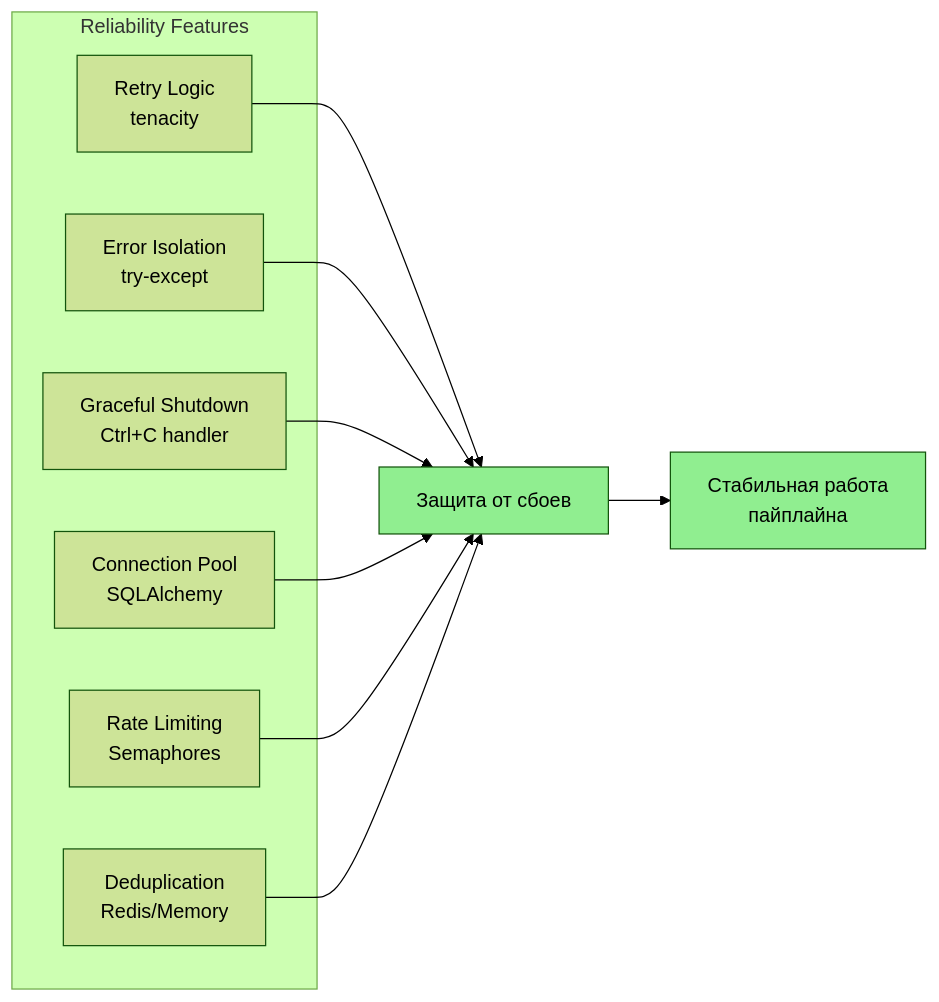
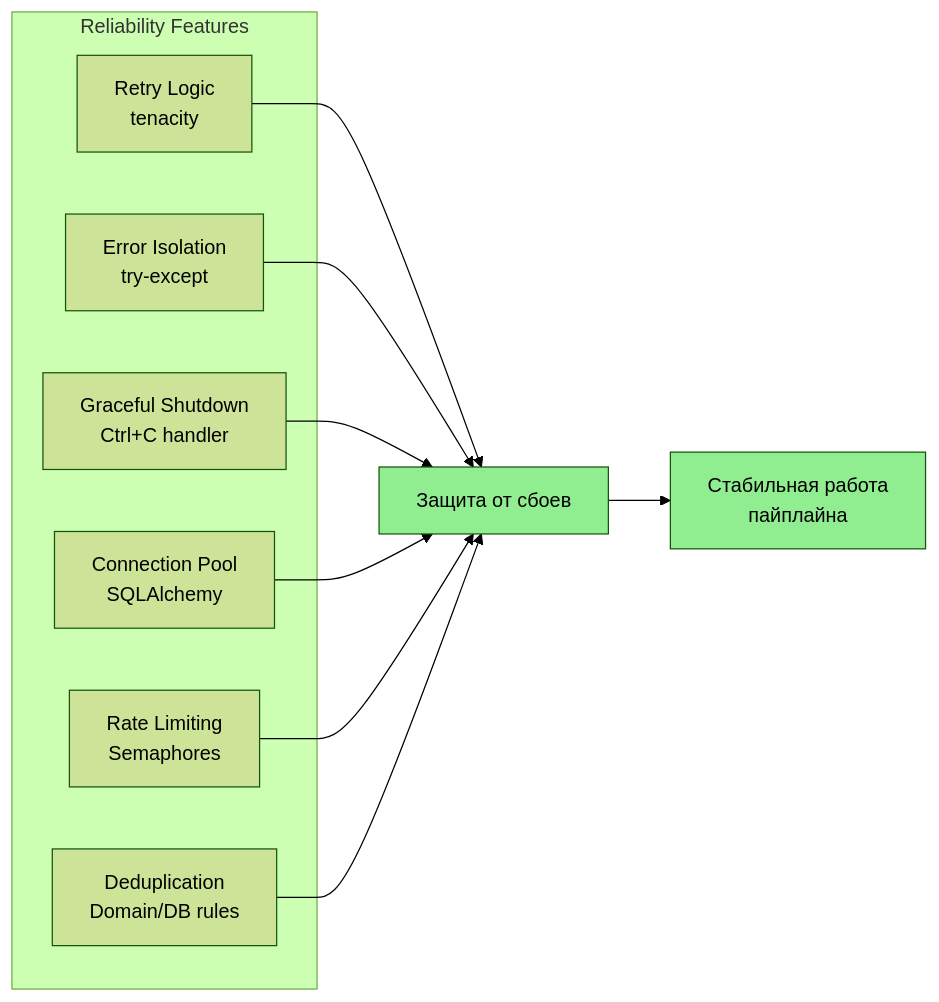
One commit to hauptmann1971/b2b-contact-miner changed the ninth of 10 diagrams in doc/DIAGRAMS.md. Above: the diagram before and after it, drawn with Mermaid (forest theme). The commit also changed other lines of this file and 10 other files, not shown here.

First line of the commit message:
Align architecture docs and diagrams with current DB-backed queue design.

````diff
--- a/doc/DIAGRAMS.md
+++ b/doc/DIAGRAMS.md
@@ -337,23 +335,23 @@
 ```mermaid
 graph LR
     subgraph "Reliability Features"
         R1[Retry Logic<br/>tenacity]
         R2[Error Isolation<br/>try-except]
         R3[Graceful Shutdown<br/>Ctrl+C handler]
         R4[Connection Pool<br/>SQLAlchemy]
         R5[Rate Limiting<br/>Semaphores]
-        R6[Deduplication<br/>Redis/Memory]
+        R6[Deduplication<br/>Domain/DB rules]
     end
     
     R1 --> Protect[Защита от сбоев]
     R2 --> Protect
     R3 --> Protect
     R4 --> Protect
     R5 --> Protect
     R6 --> Protect
     
     Protect --> Stable[Стабильная работа<br/>пайплайна]
     
     style Protect fill:#90EE90
     style Stable fill:#90EE90
 ```
````
